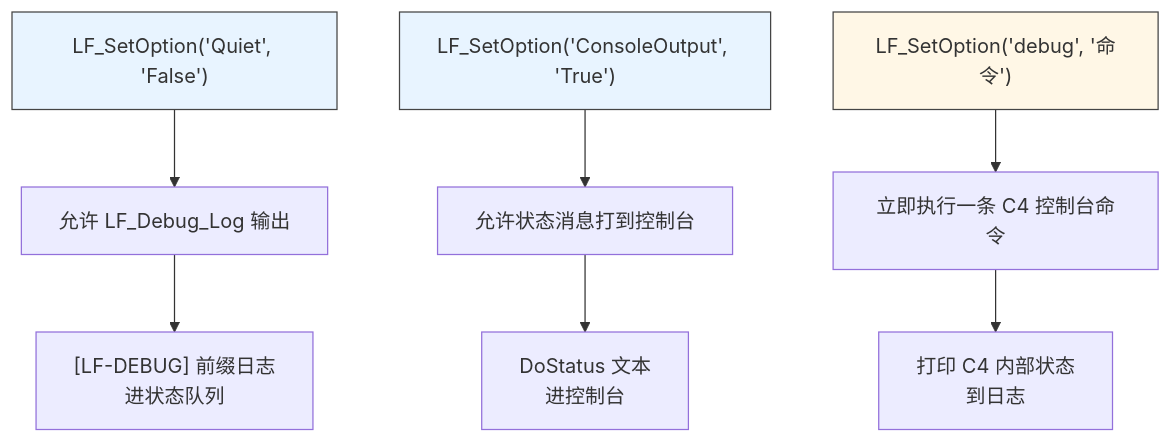
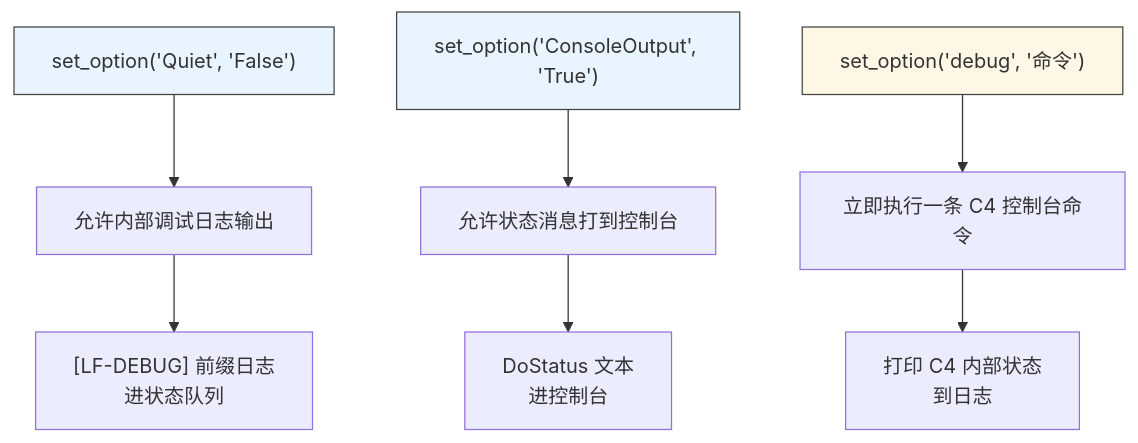
One commit to PassByYou888/LingoFuse changed the first of 2 diagrams in doc/LF_Debug_Mode.md. Above: the diagram before and after it, drawn with Mermaid. The commit also changed other lines of this file, not shown here.

````diff
--- a/doc/LF_Debug_Mode.md
+++ b/doc/LF_Debug_Mode.md
@@ -11,14 +11,14 @@
 ```mermaid
 flowchart TD
-    A["LF_SetOption('Quiet', 'False')"] --> B["允许 LF_Debug_Log 输出"]
-    A2["LF_SetOption('ConsoleOutput', 'True')"] --> C["允许状态消息打到控制台"]
-    A3["LF_SetOption('debug', '命令')"] --> D["立即执行一条 C4 控制台命令"]
+    A["set_option('Quiet', 'False')"] --> B["允许内部调试日志输出"]
+    A2["set_option('ConsoleOutput', 'True')"] --> C["允许状态消息打到控制台"]
+    A3["set_option('debug', '命令')"] --> D["立即执行一条 C4 控制台命令"]
 
     B --> E["[LF-DEBUG] 前缀日志<br/>进状态队列"]
     C --> F["DoStatus 文本<br/>进控制台"]
     D --> G["打印 C4 内部状态<br/>到日志"]
 
     style A fill:#e8f4ff,stroke:#444
     style A2 fill:#e8f4ff,stroke:#444
     style A3 fill:#fff7e6,stroke:#444
 ```
````
